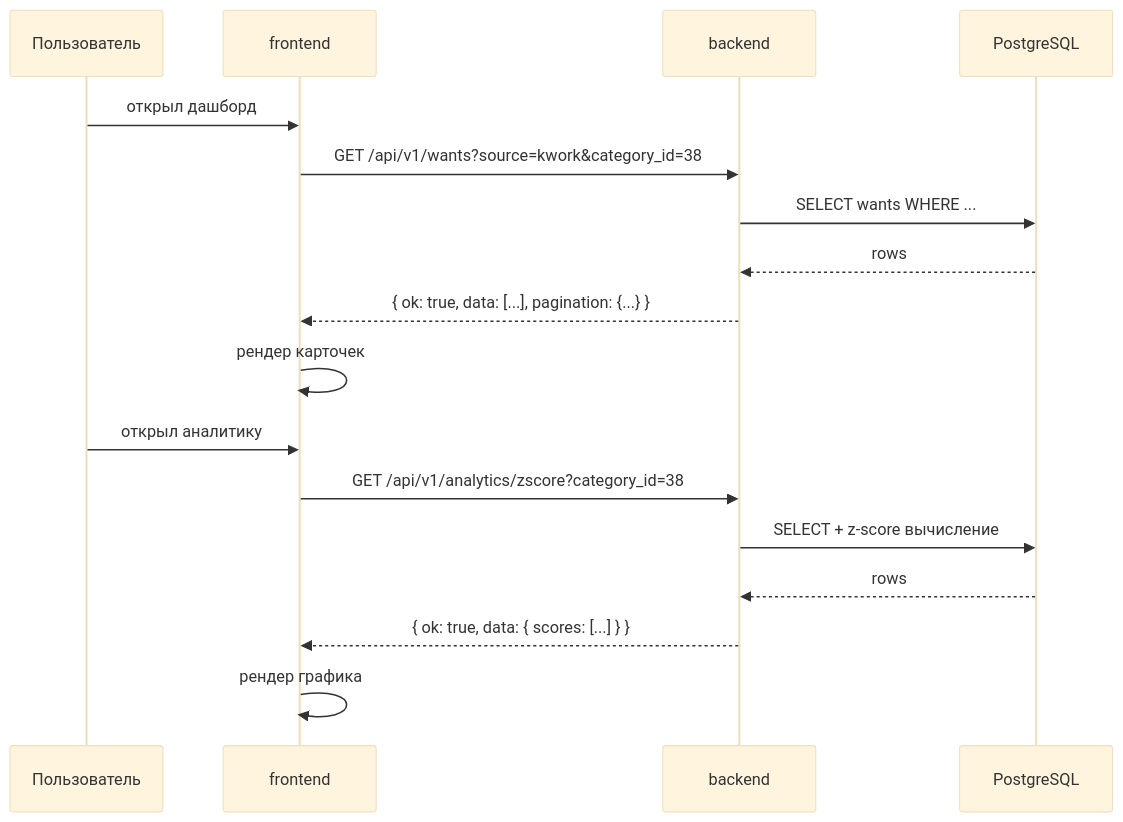
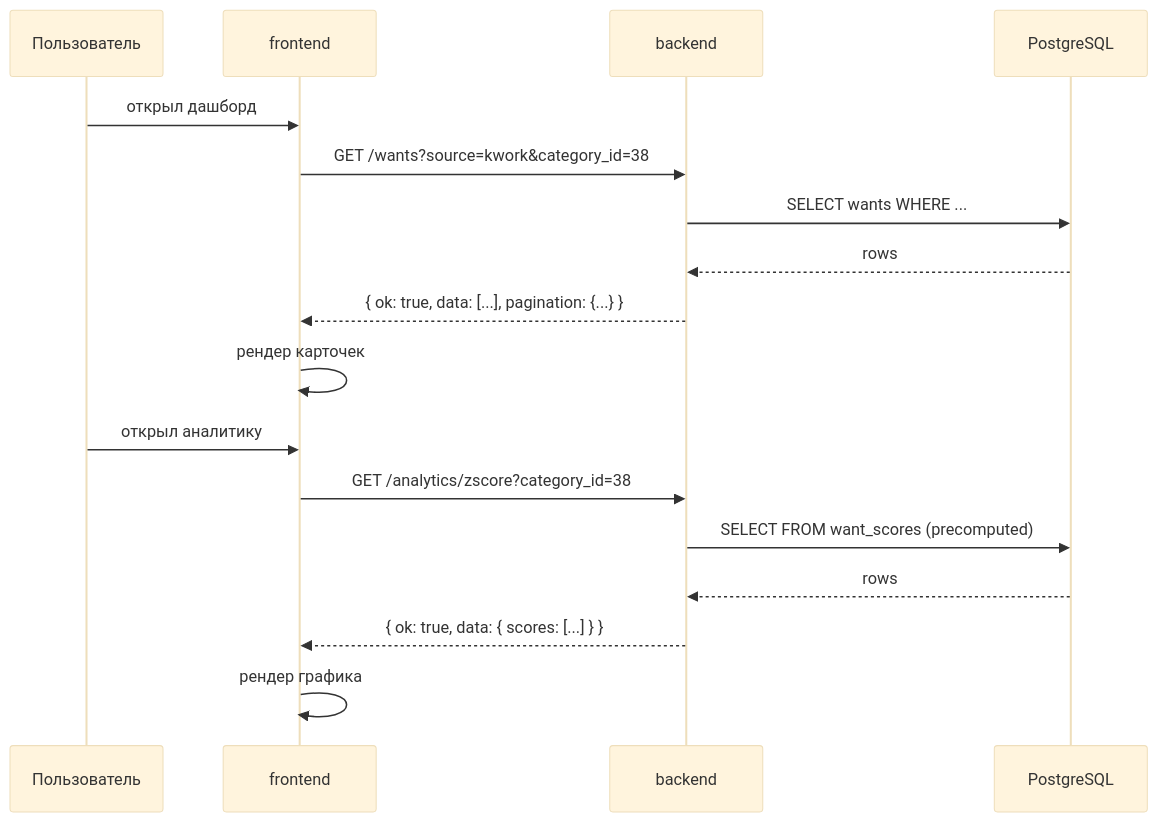
The third of 4 diagrams in ARCHITECTURE.md (leadar-dev/documentation), drawn with Mermaid (base theme) before and after one commit. The commit also changed other lines of this file and 17 other files, not shown here.

````diff
--- a/ARCHITECTURE.md
+++ b/ARCHITECTURE.md
@@ -92,21 +103,21 @@
 ```mermaid
 sequenceDiagram
     participant User as Пользователь
     participant FE as frontend
     participant BE as backend
     participant DB as PostgreSQL
 
     User->>FE: открыл дашборд
-    FE->>BE: GET /api/v1/wants?source=kwork&category_id=38
+    FE->>BE: GET /wants?source=kwork&category_id=38
     BE->>DB: SELECT wants WHERE ...
     DB-->>BE: rows
     BE-->>FE: { ok: true, data: [...], pagination: {...} }
     FE->>FE: рендер карточек
 
     User->>FE: открыл аналитику
-    FE->>BE: GET /api/v1/analytics/zscore?category_id=38
-    BE->>DB: SELECT + z-score вычисление
+    FE->>BE: GET /analytics/zscore?category_id=38
+    BE->>DB: SELECT FROM want_scores (precomputed)
     DB-->>BE: rows
     BE-->>FE: { ok: true, data: { scores: [...] } }
     FE->>FE: рендер графика
 ```
````
